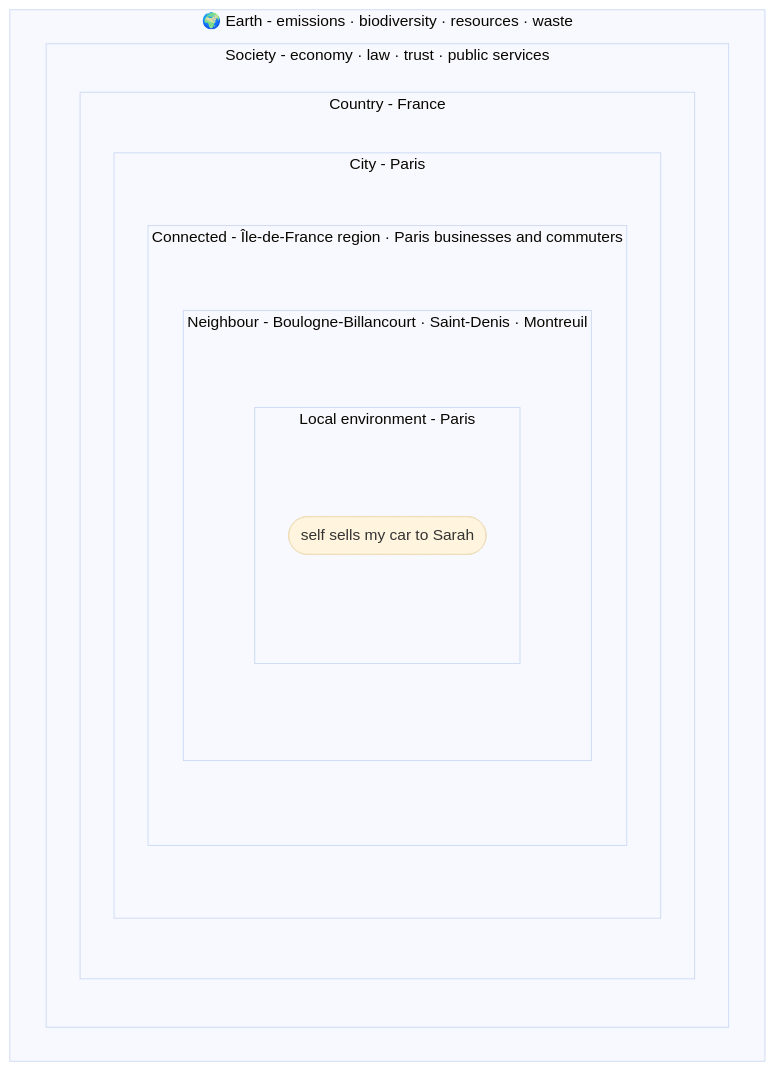
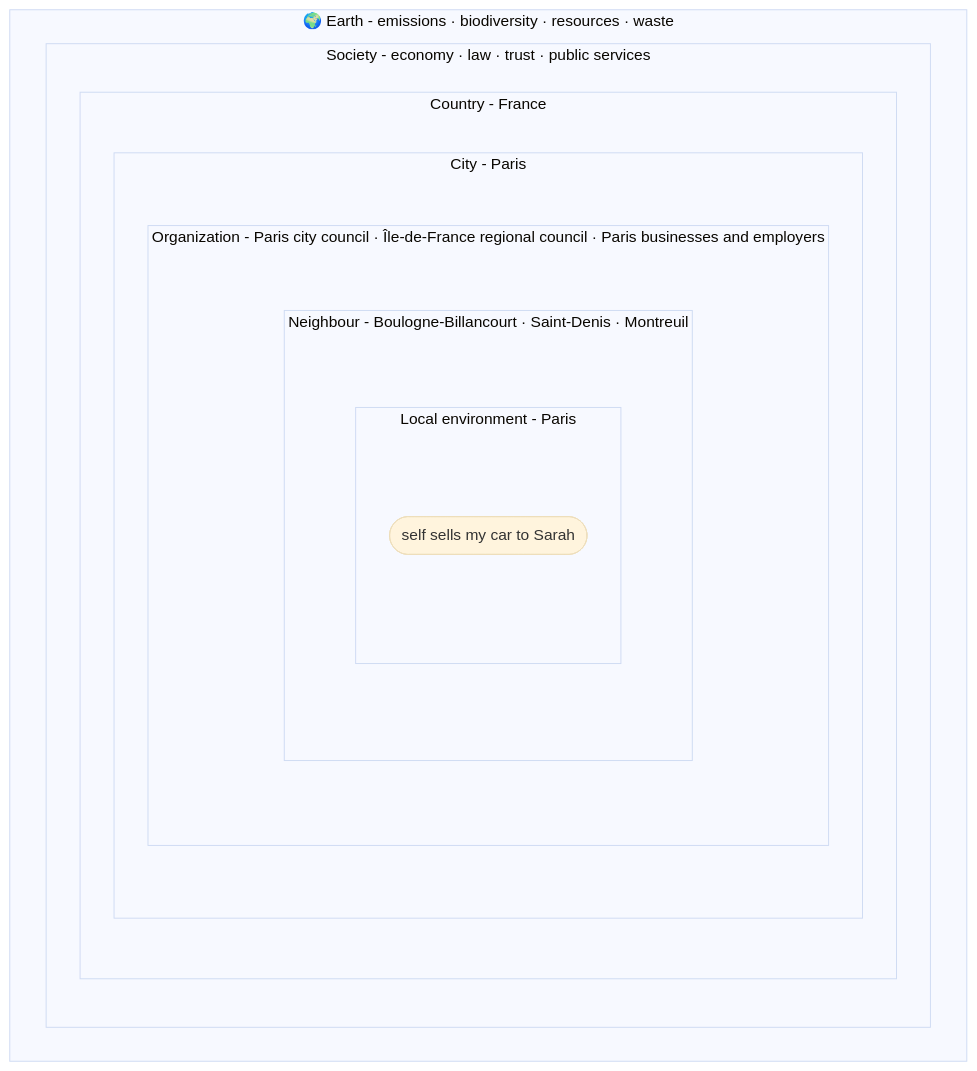
The first of 13 diagrams in README.md (Sherlock2019/ACM), drawn with Mermaid (base theme) before and after one commit. The commit also changed other lines of this file and 10 other files, not shown here.

Commit message:
Rename connected layer to organization; README opens with a phrase example and the blast radius

````diff
--- a/README.md
+++ b/README.md
@@ -71,18 +80,18 @@
 ```mermaid
 flowchart TB
   subgraph EARTH["🌍 Earth - emissions · biodiversity · resources · waste"]
     subgraph SOCIETY["Society - economy · law · trust · public services"]
       subgraph COUNTRY["Country - France"]
         subgraph CITY["City - Paris"]
-          subgraph CONNECTED["Connected - Île-de-France region · Paris businesses and commuters"]
+          subgraph ORGANIZATION["Organization - Paris city council · Île-de-France regional council · Paris businesses and employers"]
             subgraph NEIGHBOUR["Neighbour - Boulogne-Billancourt · Saint-Denis · Montreuil"]
               subgraph LOCAL["Local environment - Paris"]
                 A(["self sells my car to Sarah"])
               end
             end
           end
         end
       end
     end
   end
 ```
````
